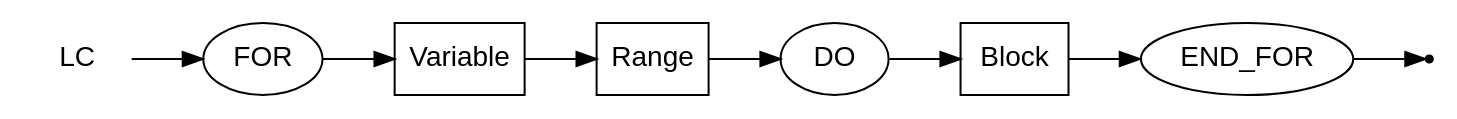
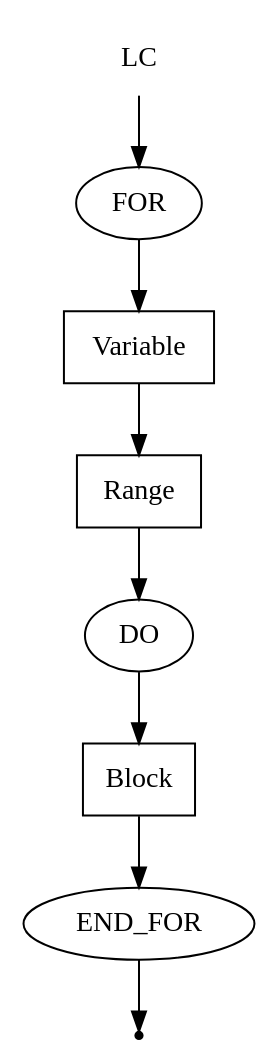
Before and after one commit to EgorGoluzin/DSL: the diagram in DSLTools/examples/RBNFEXPRESSIONSTESTRULES/wirth/LC.gv, drawn with Graphviz. The commit also changed 110 other files, not shown here.

```diff
--- a/DSLTools/examples/RBNFEXPRESSIONSTESTRULES/wirth/LC.gv
+++ b/DSLTools/examples/RBNFEXPRESSIONSTESTRULES/wirth/LC.gv
@@ -1,19 +1,17 @@
 digraph LC {
-  rankdir=LR;
-  node [fontname="Arial"];
   start [label="LC" shape=plaintext];
-  end [label="" shape=point];
   A [label="FOR" shape=oval];
   B [label="Variable" shape=box];
   C [label="Range" shape=box];
   D [label="DO" shape=oval];
   E [label="Block" shape=box];
   F [label="END_FOR" shape=oval];
+  end [label="" shape=point];
   start -> A;
   A -> B;
   B -> C;
   C -> D;
   D -> E;
   E -> F;
   F -> end;
 }
```
